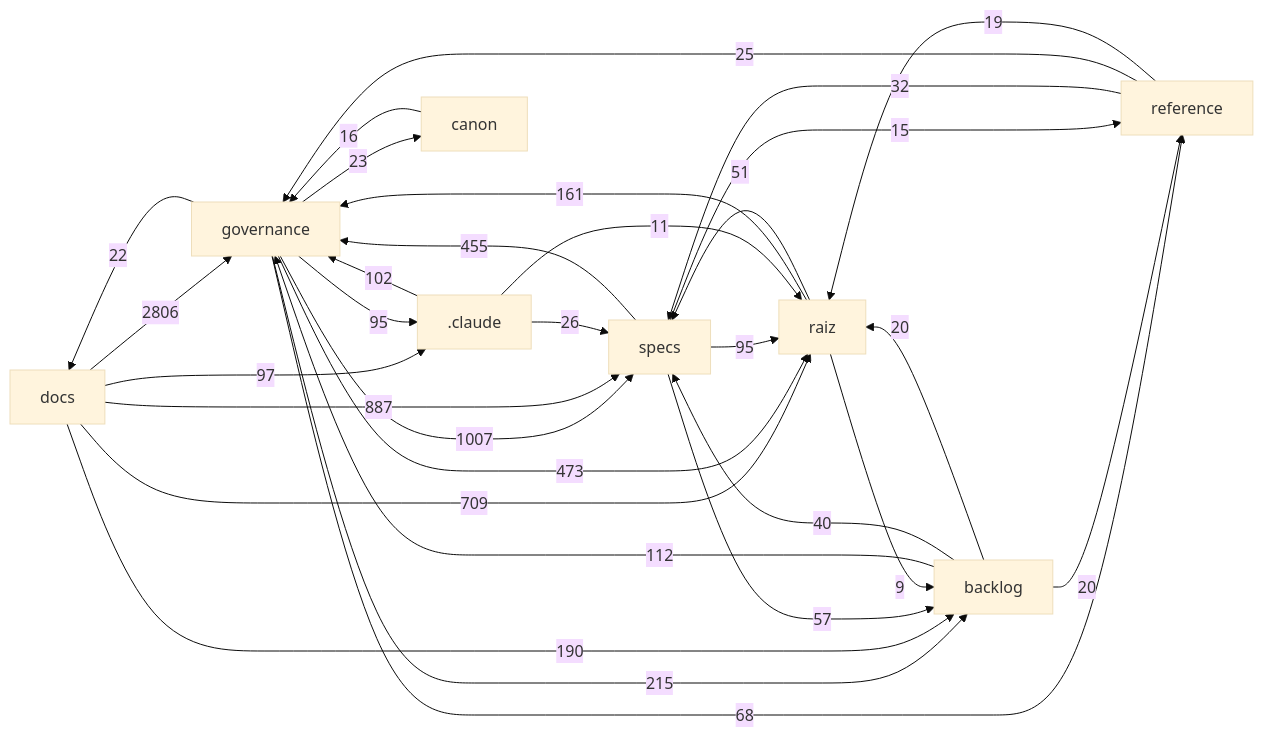
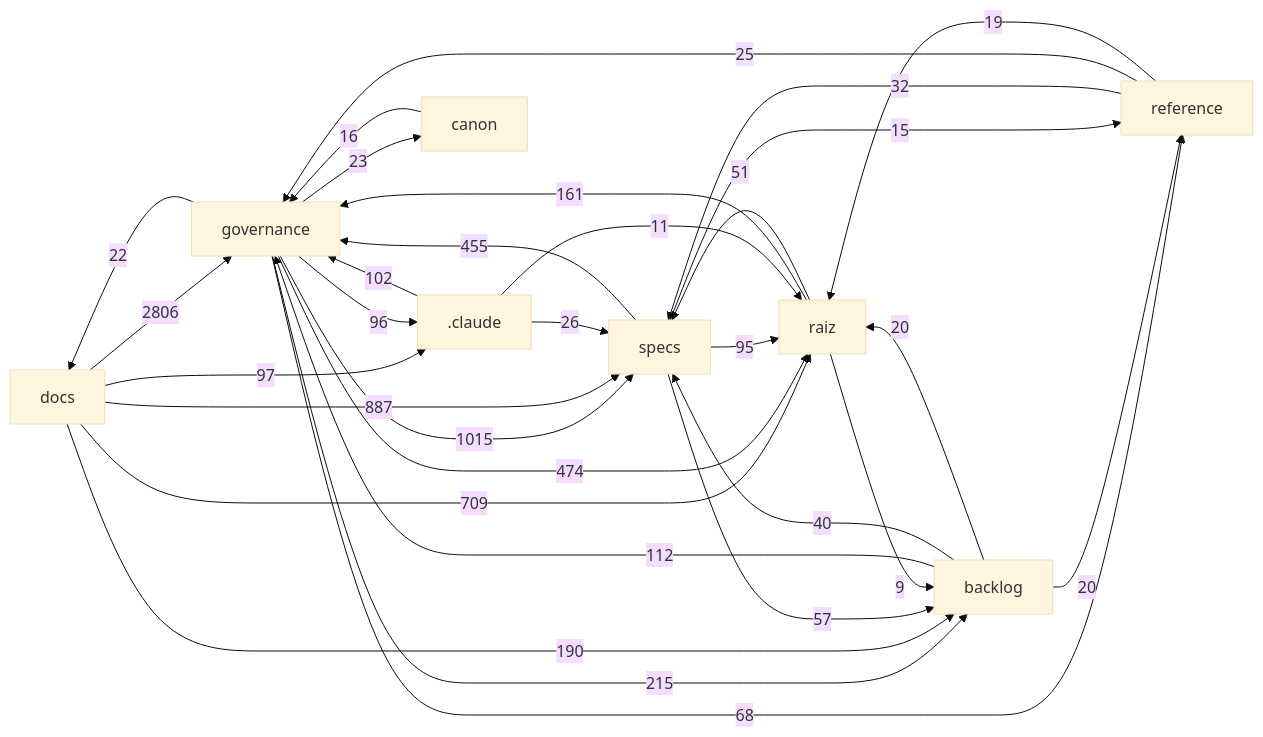
One commit to Andraus35/Sistema-Operacional-de-Trading--SOT changed the diagram in docs/mapa/MAPA-PROJETO.md. Above: the diagram before and after it, drawn with Mermaid (base theme). The commit also changed other lines of this file and 2 other files, not shown here.

````diff
--- a/docs/mapa/MAPA-PROJETO.md
+++ b/docs/mapa/MAPA-PROJETO.md
@@ -29,33 +29,33 @@
 ```mermaid
 flowchart LR
   docs["docs"] -->|2806| governance["governance"]
-  governance["governance"] -->|1007| specs["specs"]
+  governance["governance"] -->|1015| specs["specs"]
   docs["docs"] -->|887| specs["specs"]
   docs["docs"] -->|709| raiz["raiz"]
-  governance["governance"] -->|473| raiz["raiz"]
+  governance["governance"] -->|474| raiz["raiz"]
   specs["specs"] -->|455| governance["governance"]
   governance["governance"] -->|215| backlog["backlog"]
   docs["docs"] -->|190| backlog["backlog"]
   raiz["raiz"] -->|161| governance["governance"]
   backlog["backlog"] -->|112| governance["governance"]
   _claude[".claude"] -->|102| governance["governance"]
   docs["docs"] -->|97| _claude[".claude"]
-  governance["governance"] -->|95| _claude[".claude"]
+  governance["governance"] -->|96| _claude[".claude"]
   specs["specs"] -->|95| raiz["raiz"]
   governance["governance"] -->|68| reference["reference"]
   specs["specs"] -->|57| backlog["backlog"]
   raiz["raiz"] -->|51| specs["specs"]
   backlog["backlog"] -->|40| specs["specs"]
   reference["reference"] -->|32| specs["specs"]
   _claude[".claude"] -->|26| specs["specs"]
   reference["reference"] -->|25| governance["governance"]
   governance["governance"] -->|23| canon["canon"]
   governance["governance"] -->|22| docs["docs"]
   backlog["backlog"] -->|20| raiz["raiz"]
   backlog["backlog"] -->|20| reference["reference"]
   reference["reference"] -->|19| raiz["raiz"]
   canon["canon"] -->|16| governance["governance"]
   specs["specs"] -->|15| reference["reference"]
   _claude[".claude"] -->|11| raiz["raiz"]
   raiz["raiz"] -->|9| backlog["backlog"]
 ```
````
